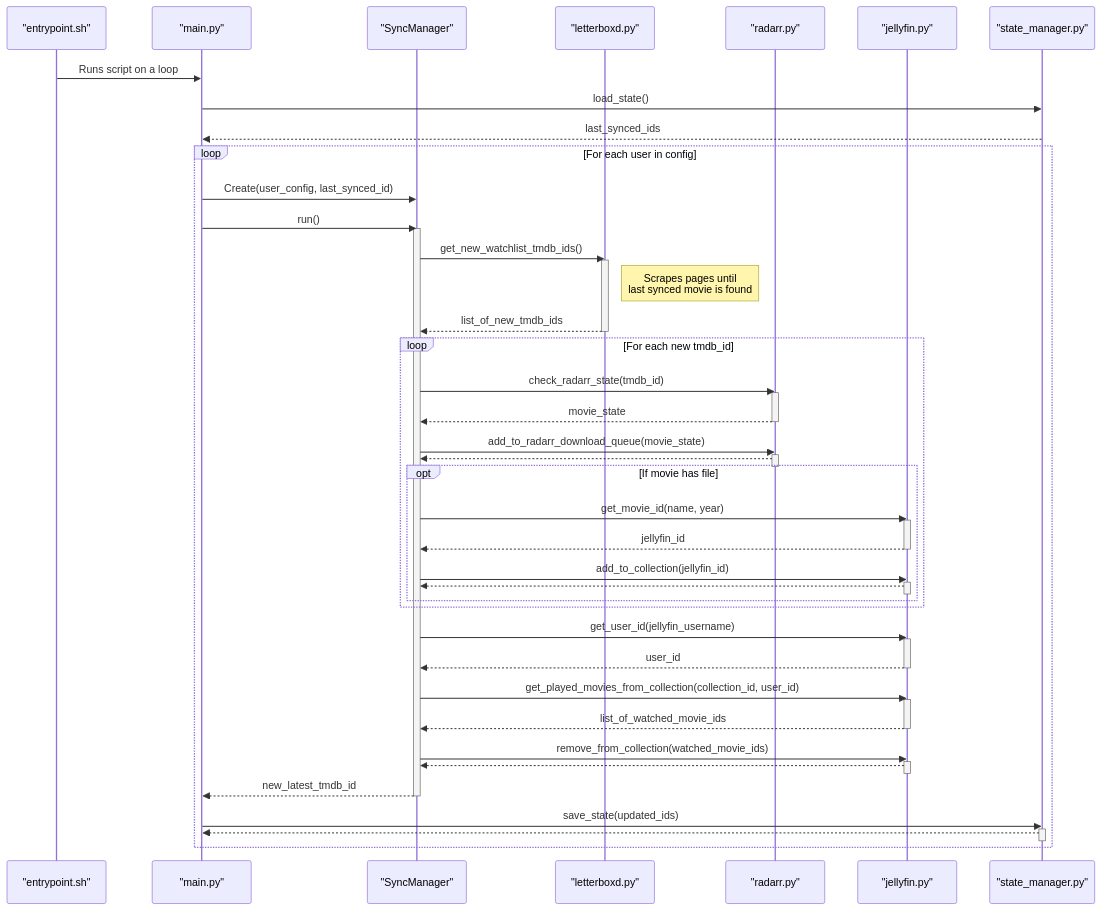
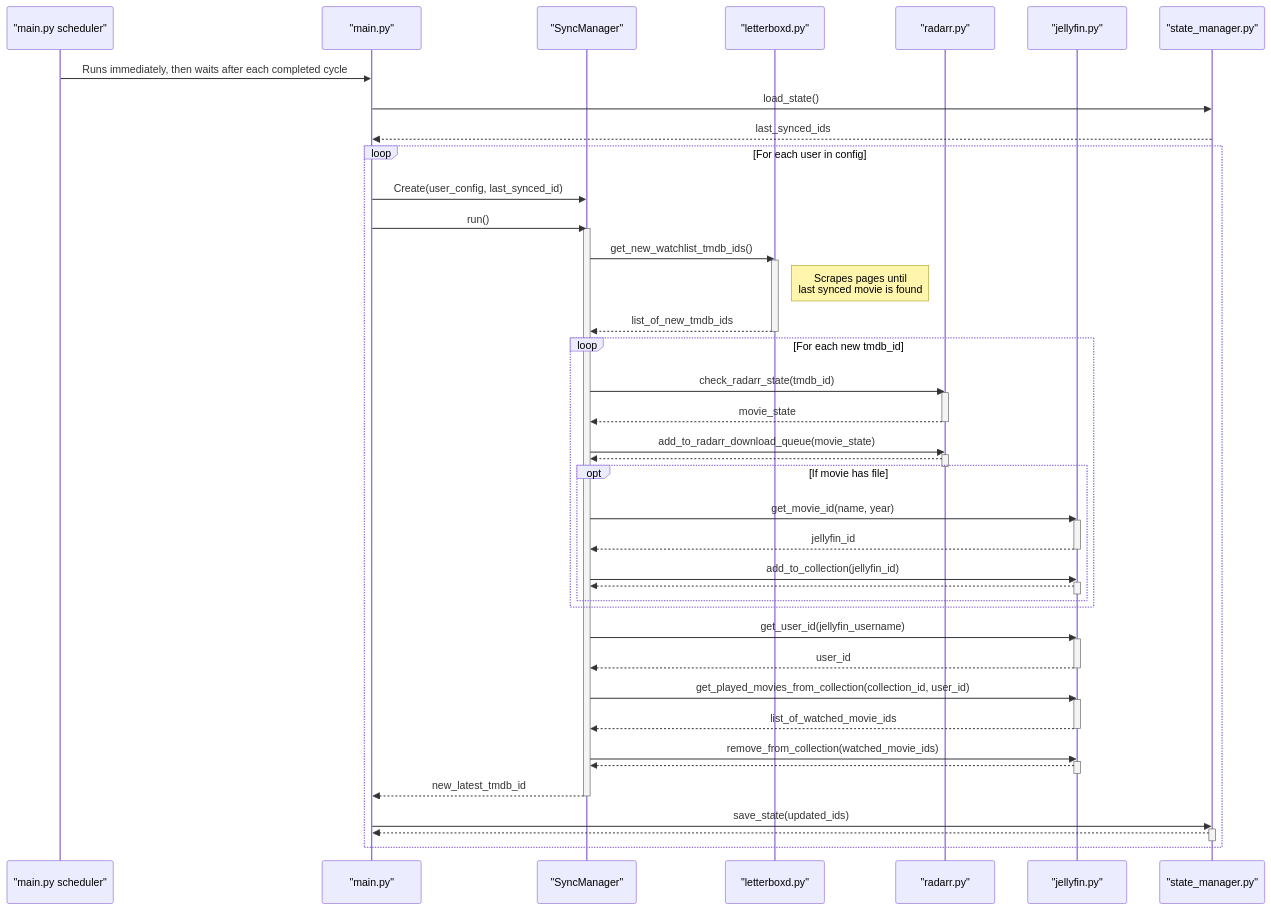
The diagram in README.md (MathisVerstrepen/letterboxd-jellyfin), drawn with Mermaid before and after one commit. The commit also changed other lines of this file and 18 other files, not shown here.

````diff
--- a/README.md
+++ b/README.md
@@ -35,77 +36,77 @@
 ```mermaid
 %%{ init : { "theme" : "default" }}%%
 sequenceDiagram
-    participant Scheduler as "entrypoint.sh"
+    participant Scheduler as "main.py scheduler"
     participant Main as "main.py"
     participant SyncManager as "SyncManager"
     participant Letterboxd as "letterboxd.py"
     participant Radarr as "radarr.py"
     participant Jellyfin as "jellyfin.py"
     participant State as "state_manager.py"
 
-    Scheduler->>Main: Runs script on a loop
+    Scheduler->>Main: Runs immediately, then waits after each completed cycle
 
     Main->>State: load_state()
     State-->>Main: last_synced_ids
     
     loop For each user in config
         Main->>SyncManager: Create(user_config, last_synced_id)
         Main->>SyncManager: run()
         activate SyncManager
         
         %% 1. Get new movies from Letterboxd
         SyncManager->>Letterboxd: get_new_watchlist_tmdb_ids()
         activate Letterboxd
         note right of Letterboxd: Scrapes pages until<br>last synced movie is found
         Letterboxd-->>SyncManager: list_of_new_tmdb_ids
         deactivate Letterboxd
 
         %% 2. Process new movies
         loop For each new tmdb_id
             SyncManager->>Radarr: check_radarr_state(tmdb_id)
             activate Radarr
             Radarr-->>SyncManager: movie_state
             deactivate Radarr
             
             SyncManager->>Radarr: add_to_radarr_download_queue(movie_state)
             activate Radarr
             Radarr-->>SyncManager: 
             deactivate Radarr
 
             opt If movie has file
                 SyncManager->>Jellyfin: get_movie_id(name, year)
                 activate Jellyfin
                 Jellyfin-->>SyncManager: jellyfin_id
                 deactivate Jellyfin
                 SyncManager->>Jellyfin: add_to_collection(jellyfin_id)
                 activate Jellyfin
                 Jellyfin-->>SyncManager: 
                 deactivate Jellyfin
             end
         end
 
         %% 3. Clean up watched movies
         SyncManager->>Jellyfin: get_user_id(jellyfin_username)
         activate Jellyfin
         Jellyfin-->>SyncManager: user_id
         deactivate Jellyfin
         
         SyncManager->>Jellyfin: get_played_movies_from_collection(collection_id, user_id)
         activate Jellyfin
         Jellyfin-->>SyncManager: list_of_watched_movie_ids
         deactivate Jellyfin
         
         SyncManager->>Jellyfin: remove_from_collection(watched_movie_ids)
         activate Jellyfin
         Jellyfin-->>SyncManager: 
         deactivate Jellyfin
 
         SyncManager-->>Main: new_latest_tmdb_id
         deactivate SyncManager
         
         Main->>State: save_state(updated_ids)
         activate State
         State-->>Main: 
         deactivate State
     end
 ```
````
